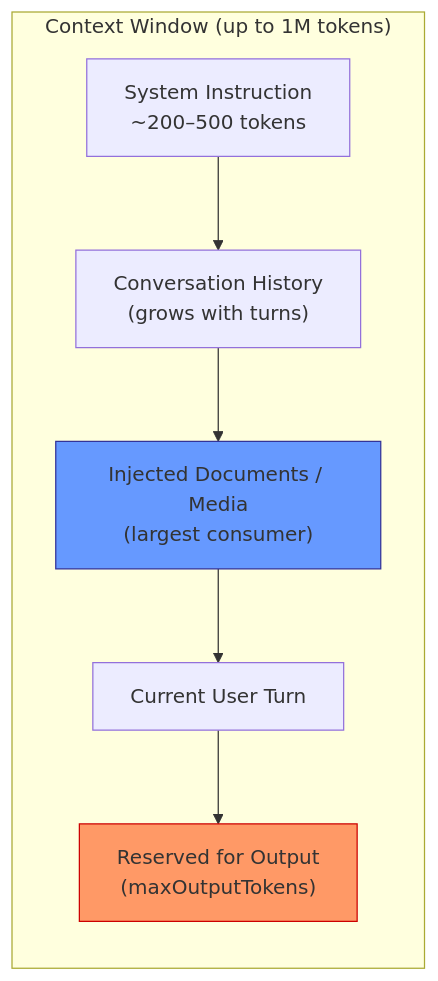
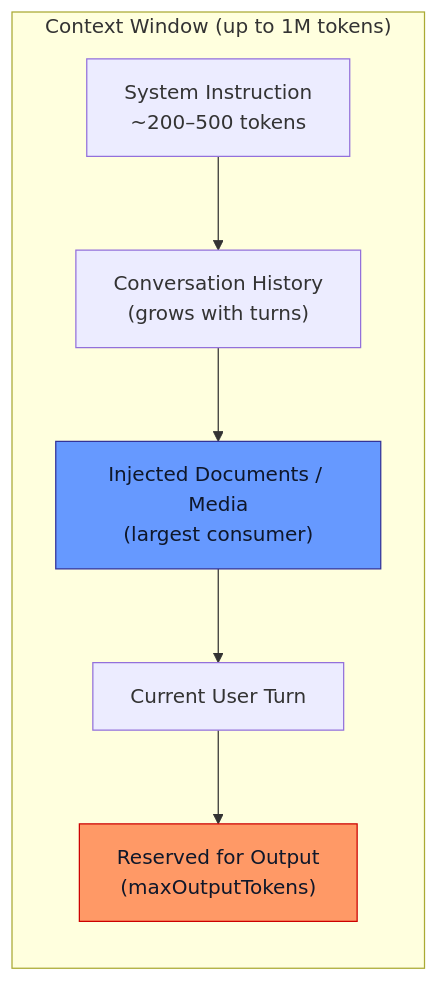
The fourth of 5 diagrams in topics/computing/ai/gemini_and_multimodal_apis/lesson_02_gemini_architecture_overview.md (blebleblee/synapse), drawn with Mermaid before and after one commit. The commit also changed other lines of this file and 1464 other files, not shown here.

Commit message:
feat(release): curriculum vector mermaid upgrade, render hardening, and master synpack

````diff
--- a/topics/computing/ai/gemini_and_multimodal_apis/lesson_02_gemini_architecture_overview.md
+++ b/topics/computing/ai/gemini_and_multimodal_apis/lesson_02_gemini_architecture_overview.md
@@ -439,15 +439,15 @@
 ```mermaid
 flowchart LR
     subgraph ContextWindow["Context Window (up to 1M tokens)"]
         SYS["System Instruction\n~200–500 tokens"]
         HIST["Conversation History\n(grows with turns)"]
         DOC["Injected Documents / Media\n(largest consumer)"]
         PROMPT["Current User Turn"]
         RESERVED["Reserved for Output\n(maxOutputTokens)"]
     end
 
     SYS --> HIST --> DOC --> PROMPT --> RESERVED
 
-    style RESERVED fill:#f96,stroke:#c00
-    style DOC fill:#69f,stroke:#339
+    style RESERVED fill:#f96,stroke:#c00,color:#0f172a
+    style DOC fill:#69f,stroke:#339,color:#0f172a
 ```
````
